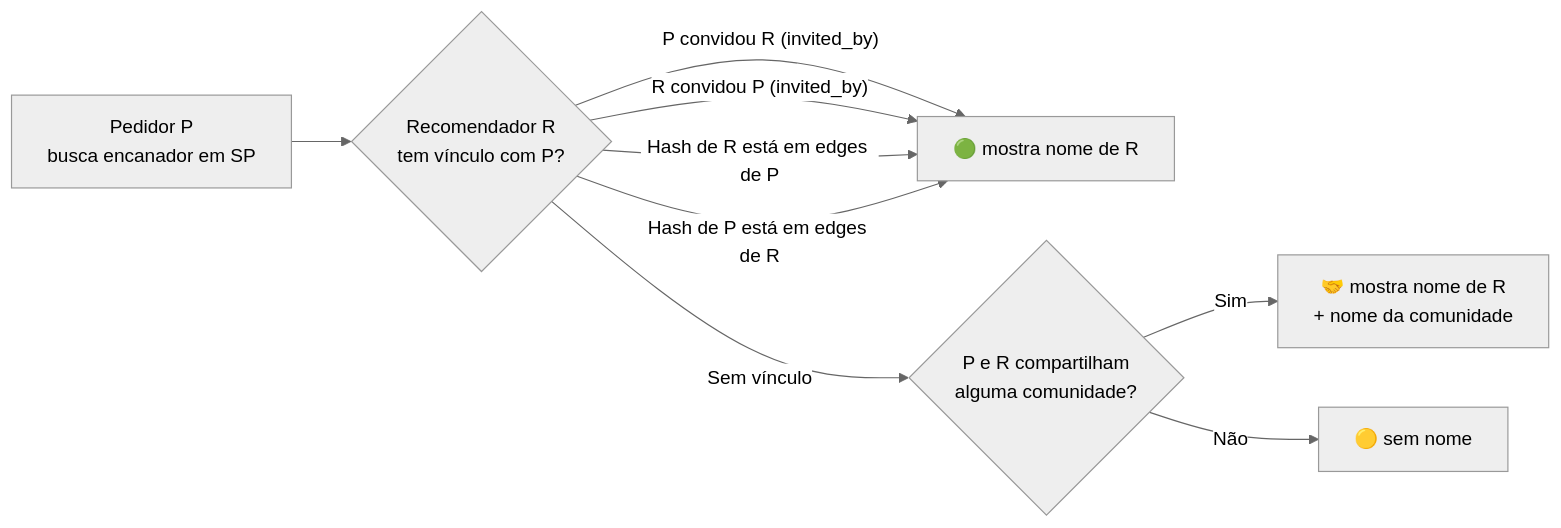
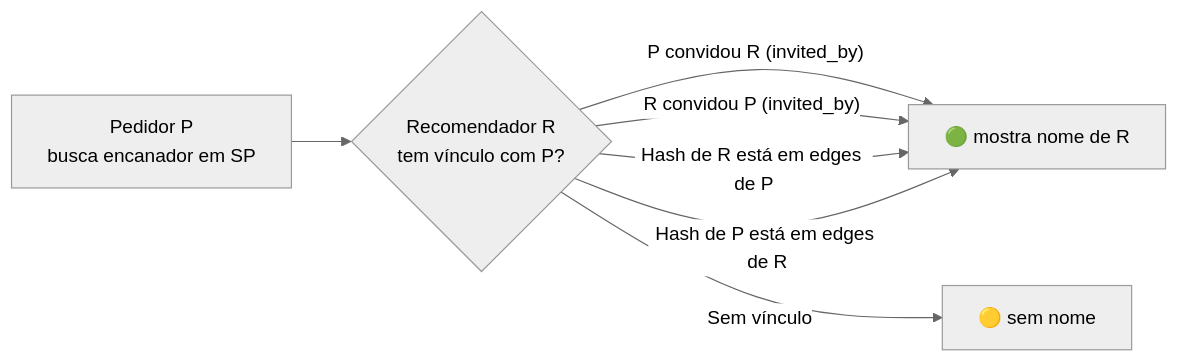
The tenth of 10 diagrams in docs/fluxograma.md (marcelogualtieri-spec/Marcelo), drawn with Mermaid (neutral theme) before and after one commit. The commit also changed other lines of this file and 1 other file, not shown here.

````diff
--- a/docs/fluxograma.md
+++ b/docs/fluxograma.md
@@ -198,11 +160,9 @@
 ```mermaid
 flowchart LR
     P["Pedidor P\nbusca encanador em SP"] --> Q{"Recomendador R\ntem vínculo com P?"}
     Q -- "P convidou R (invited_by)" --> V["🟢 mostra nome de R"]
     Q -- "R convidou P (invited_by)" --> V
     Q -- "Hash de R está em edges de P" --> V
     Q -- "Hash de P está em edges de R" --> V
-    Q -- "Sem vínculo" --> CQ{"P e R compartilham\nalguma comunidade?"}
-    CQ -- "Sim" --> CV["🤝 mostra nome de R\n+ nome da comunidade"]
-    CQ -- "Não" --> Y["🟡 sem nome"]
+    Q -- "Sem vínculo" --> Y["🟡 sem nome"]
 ```
````
